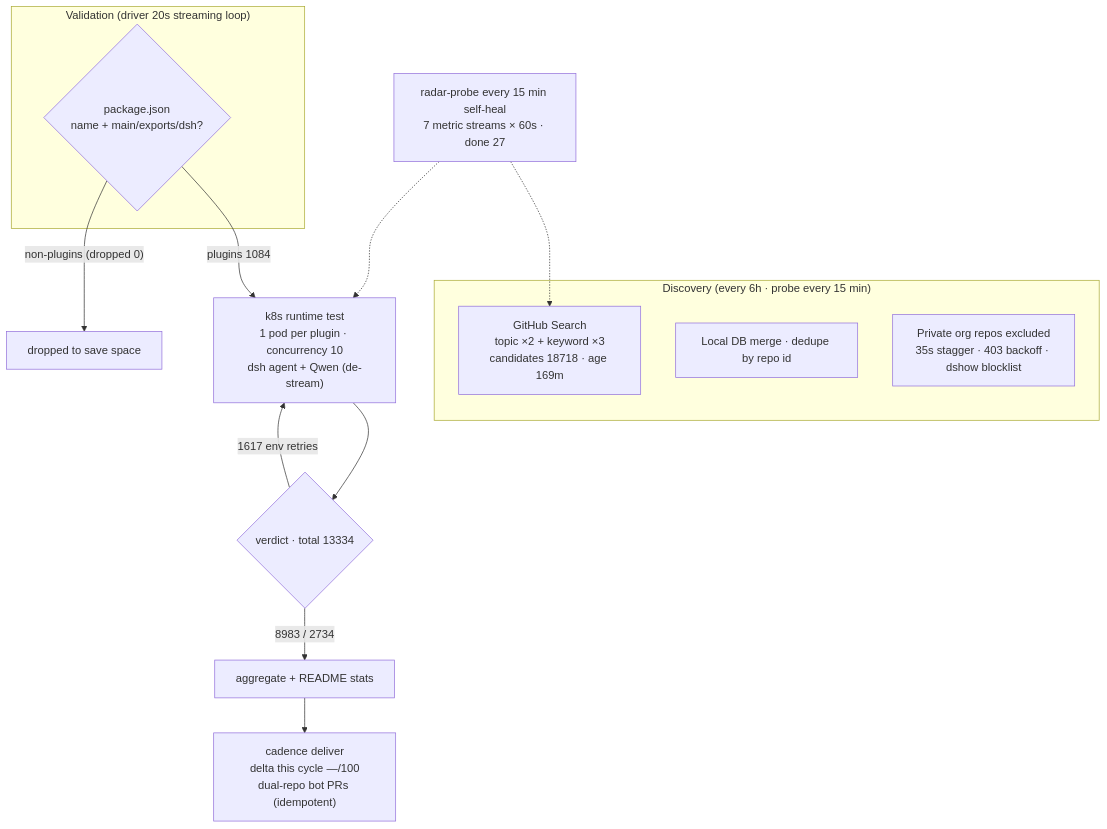
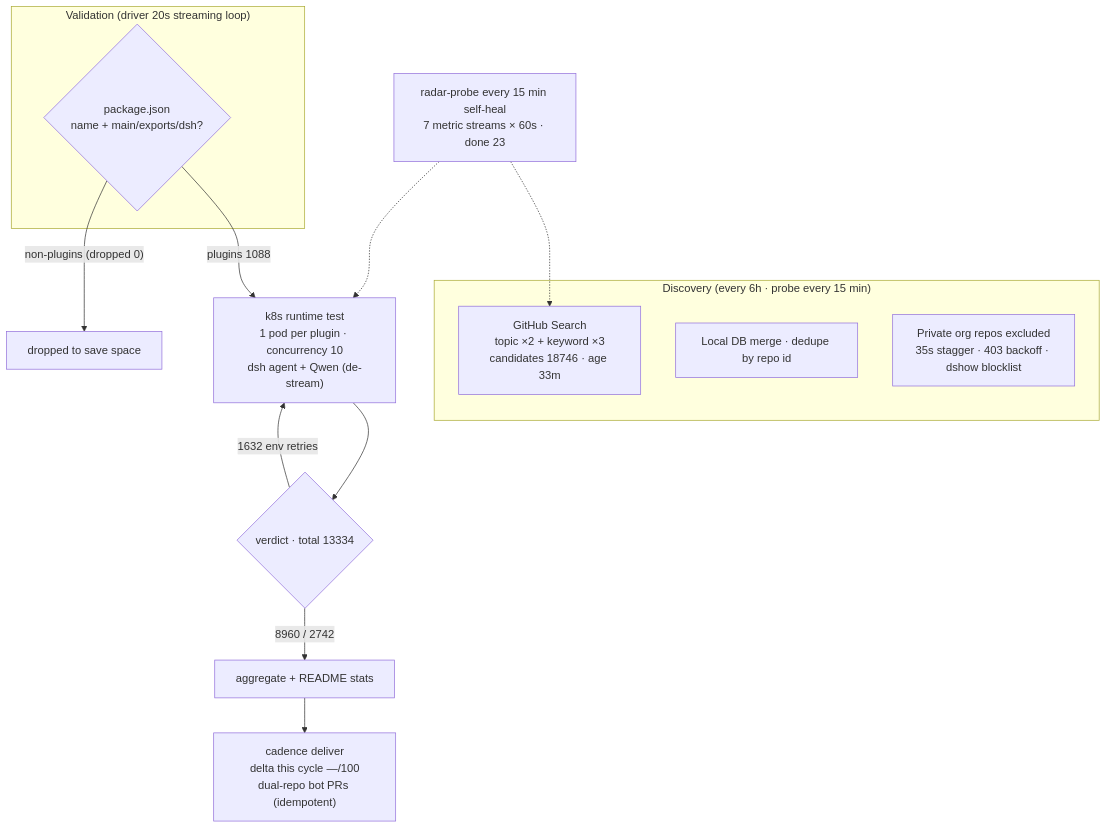
One commit to AdamPlatin123/dsh-plugin-radar changed the diagram in README.en-US.md. Above: the diagram before and after it, drawn with Mermaid. The commit also changed other lines of this file and 16 other files, not shown here.

````diff
--- a/README.en-US.md
+++ b/README.en-US.md
@@ -45,20 +45,20 @@
 ```mermaid
 flowchart TB
     subgraph Discovery["Discovery (every 6h · probe every 15 min)"]
-        A1["GitHub Search<br/>topic ×2 + keyword ×3<br/>candidates 18718 · age 169m"]
+        A1["GitHub Search<br/>topic ×2 + keyword ×3<br/>candidates 18746 · age 33m"]
         A2["Local DB merge · dedupe by repo id"]
         A3["Private org repos excluded<br/>35s stagger · 403 backoff · dshow blocklist"]
     end
     subgraph Validation["Validation (driver 20s streaming loop)"]
         B1{"package.json<br/>name + main/exports/dsh?"}
     end
-    B1 -->|"plugins 1084"| C1["k8s runtime test<br/>1 pod per plugin · concurrency 10<br/>dsh agent + Qwen (de-stream)"]
+    B1 -->|"plugins 1088"| C1["k8s runtime test<br/>1 pod per plugin · concurrency 10<br/>dsh agent + Qwen (de-stream)"]
     B1 -->|"non-plugins (dropped 0)"| B3["dropped to save space"]
     C1 --> D1{"verdict · total 13334"}
-    D1 -->|"8983 / 2734"| E1["aggregate + README stats"]
-    D1 -->|"1617 env retries"| C1
+    D1 -->|"8960 / 2742"| E1["aggregate + README stats"]
+    D1 -->|"1632 env retries"| C1
     E1 --> E2["cadence deliver<br/>delta this cycle —/100<br/>dual-repo bot PRs (idempotent)"]
-    M["radar-probe every 15 min self-heal<br/>7 metric streams × 60s · done 27"]
+    M["radar-probe every 15 min self-heal<br/>7 metric streams × 60s · done 23"]
     M -.-> A1
     M -.-> C1
 ```
````
